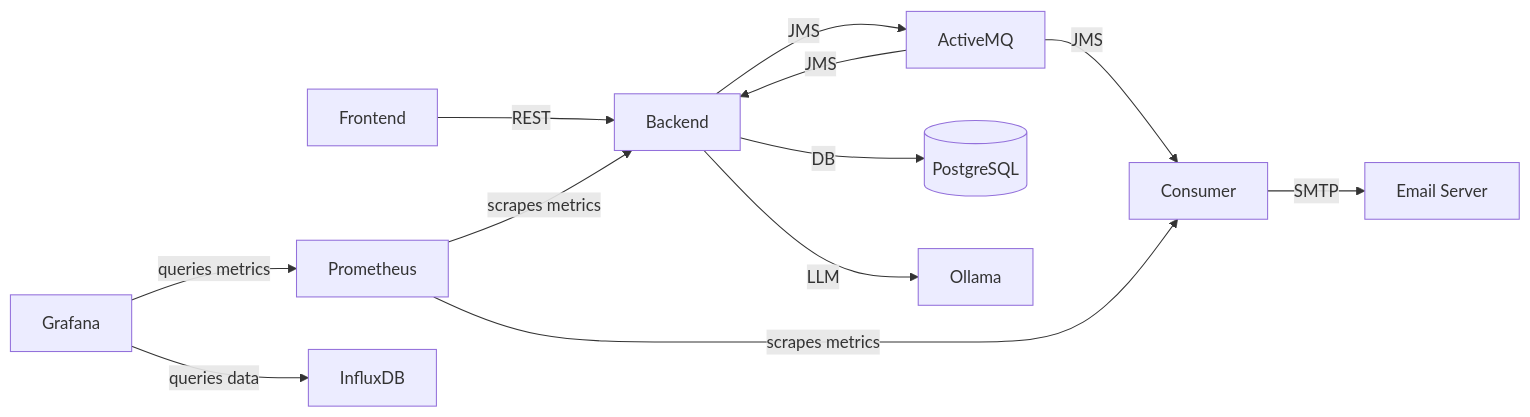
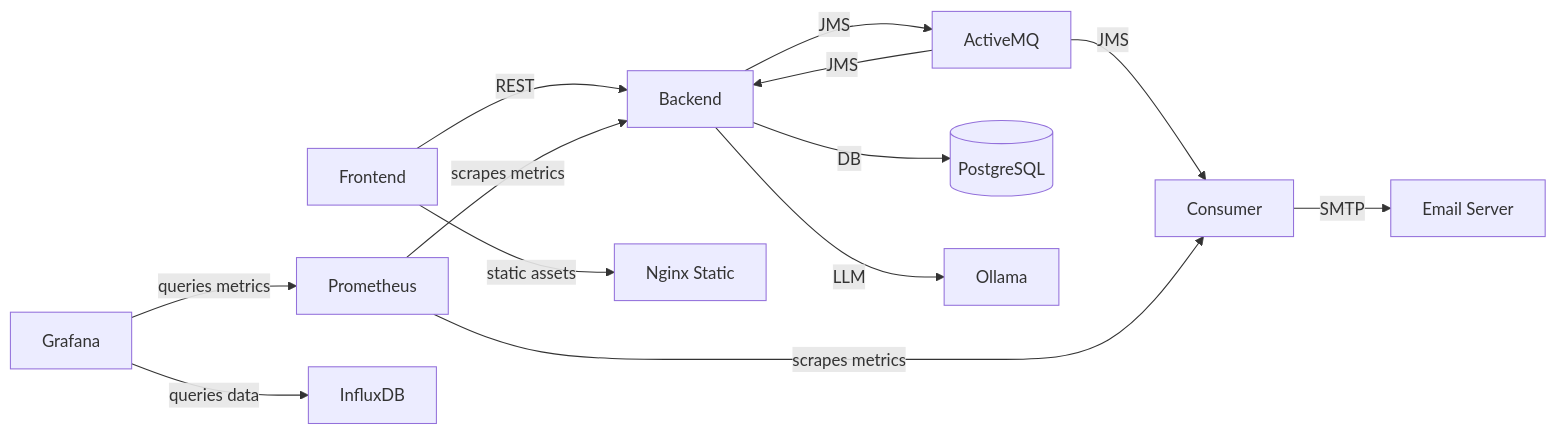
Before and after one commit to slawekradzyminski/awesome-localstack: the diagram in README.md, drawn with Mermaid. The commit also changed other lines of this file and 15 other files, not shown here.

````diff
--- a/README.md
+++ b/README.md
@@ -10,26 +10,28 @@
 ```mermaid
 flowchart LR
     F[Frontend]
     B[Backend]
     MQ[ActiveMQ]
     C[Consumer]
     E[Email Server]
     DB[(PostgreSQL)]
     PM[Prometheus]
     IDB[InfluxDB]
     GF[Grafana]
     O[Ollama]
+    CDN[Nginx Static]
 
     F -- REST --> B
     B -- JMS --> MQ
     MQ -- JMS --> B
     MQ -- JMS --> C
     C -- SMTP --> E
     B -- DB --> DB
     B -- LLM --> O
+    F -- "static assets" --> CDN
 
     PM -- "scrapes metrics" --> B
     PM -- "scrapes metrics" --> C
     GF -- "queries metrics" --> PM
     GF -- "queries data" --> IDB
 ```
````
